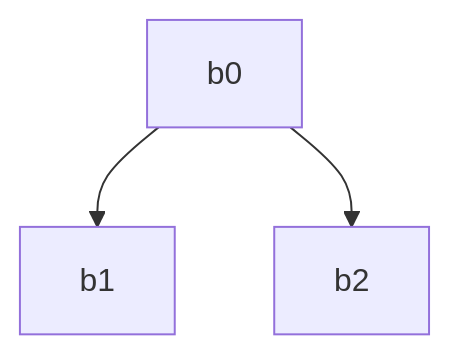
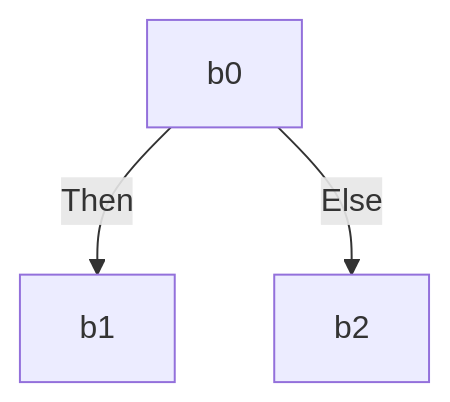
The first of 2 diagrams in README.md (defkit/branching_overview), drawn with Mermaid before and after one commit. The commit also changed other lines of this file, not shown here.

````diff
--- a/README.md
+++ b/README.md
@@ -14,5 +14,5 @@
 ```mermaid
 graph TD;
-    b0-->b1;
-    b0-->b2;
+    b0-->|Then| b1;
+    b0-->|Else| b2;
 ```
````
